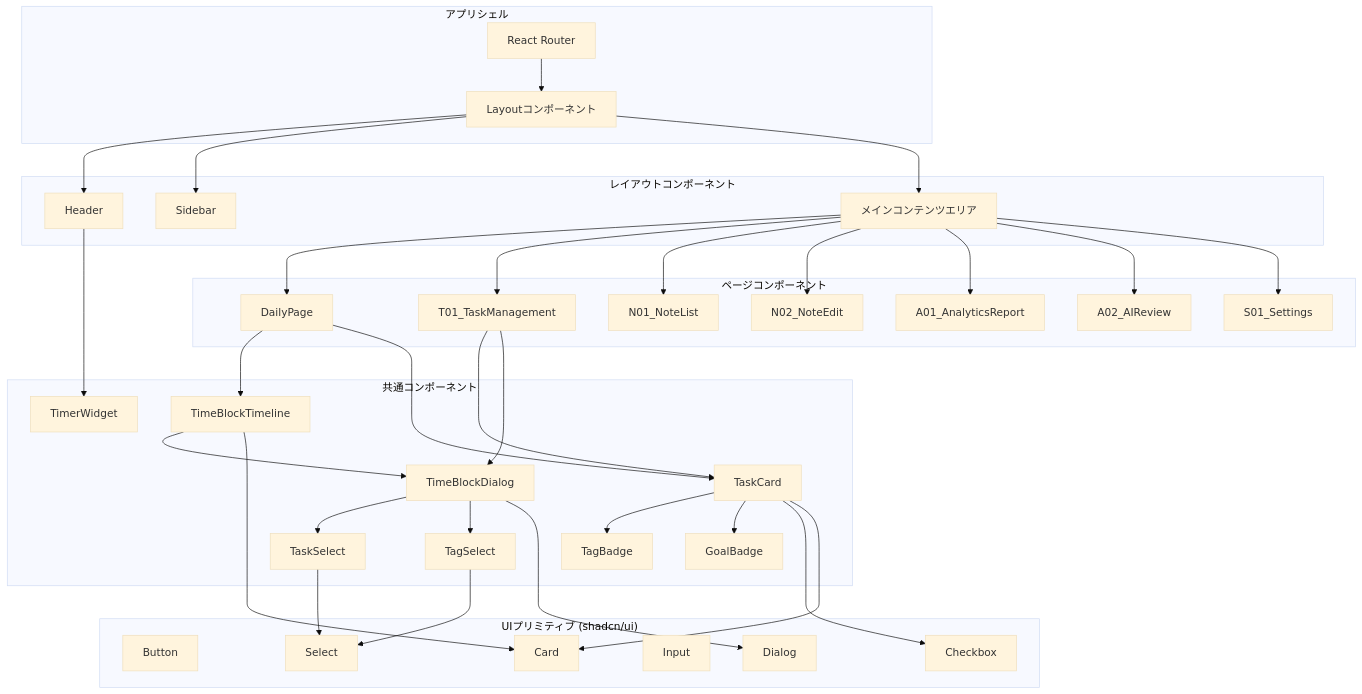
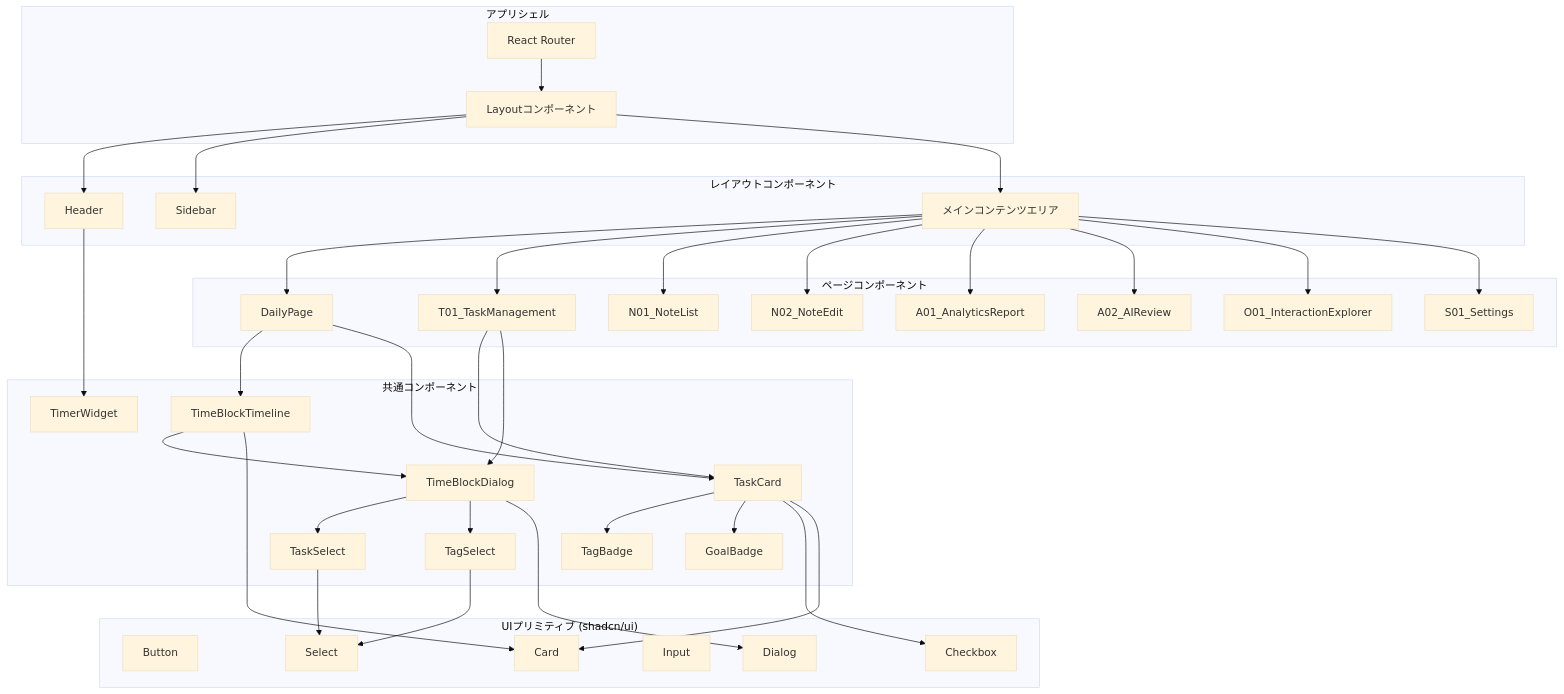
The first of 4 diagrams in src/ARCHITECTURE.md (yu-min3/kensan), drawn with Mermaid (base theme) before and after one commit. The commit also changed other lines of this file and 82 other files, not shown here.

````diff
--- a/src/ARCHITECTURE.md
+++ b/src/ARCHITECTURE.md
@@ -89,75 +91,77 @@
 ```mermaid
 graph TB
     subgraph "アプリシェル"
         Router[React Router]
         Layout[Layoutコンポーネント]
     end
 
     subgraph "レイアウトコンポーネント"
         Header[Header]
         Sidebar[Sidebar]
         Main[メインコンテンツエリア]
     end
 
     subgraph "ページコンポーネント"
         Daily[DailyPage]
         Tasks[T01_TaskManagement]
         Notes[N01_NoteList]
         NoteEdit[N02_NoteEdit]
         Analytics[A01_AnalyticsReport]
         AIReview[A02_AIReview]
+        Interactions[O01_InteractionExplorer]
         Settings[S01_Settings]
     end
 
     subgraph "共通コンポーネント"
         Timeline[TimeBlockTimeline]
         TaskCard[TaskCard]
         TagBadge[TagBadge]
         GoalBadge[GoalBadge]
         TimerWidget[TimerWidget]
         TimeBlockDialog[TimeBlockDialog]
         TaskSelect[TaskSelect]
         TagSelect[TagSelect]
     end
 
     subgraph "UIプリミティブ (shadcn/ui)"
         Button[Button]
         Card[Card]
         Dialog[Dialog]
         Input[Input]
         Select[Select]
         Checkbox[Checkbox]
     end
 
     Router --> Layout
     Layout --> Header
     Layout --> Sidebar
     Layout --> Main
 
     Main --> Daily
     Main --> Tasks
     Main --> Notes
     Main --> NoteEdit
     Main --> Analytics
     Main --> AIReview
+    Main --> Interactions
     Main --> Settings
 
     Header --> TimerWidget
     Daily --> Timeline
     Daily --> TaskCard
     Tasks --> TaskCard
     Tasks --> TimeBlockDialog
     Timeline --> TimeBlockDialog
 
     TaskCard --> TagBadge
     TaskCard --> GoalBadge
     TaskCard --> Checkbox
     TimeBlockDialog --> TaskSelect
     TimeBlockDialog --> TagSelect
 
     Timeline --> Card
     TaskCard --> Card
     TimeBlockDialog --> Dialog
     TaskSelect --> Select
     TagSelect --> Select
 ```
````
